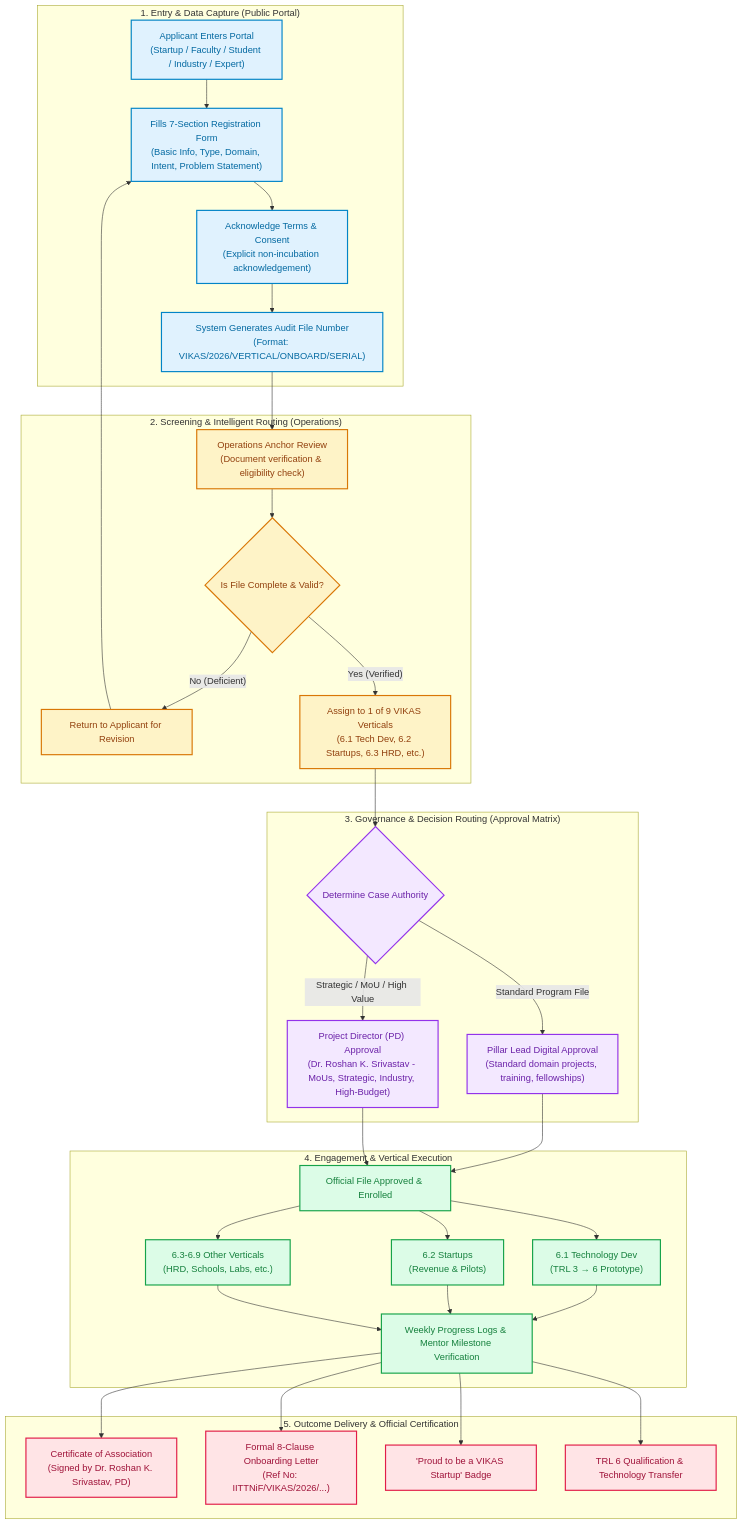
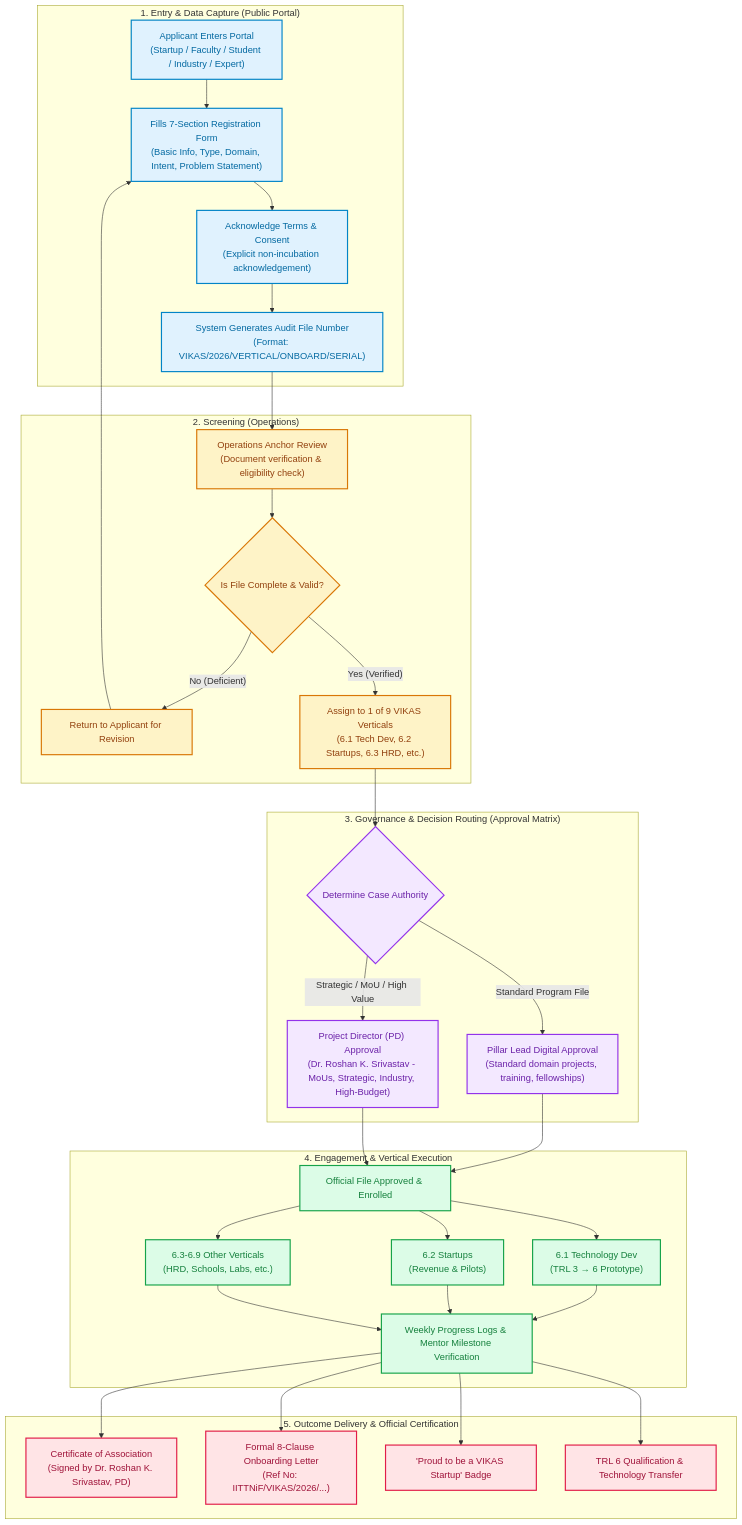
One commit to Aasrita31/Vikas_portal changed the first of 3 diagrams in README.md. Above: the diagram before and after it, drawn with Mermaid. The commit also changed 3 other files, not shown here.

````diff
--- a/README.md
+++ b/README.md
@@ -22,56 +22,56 @@
 ```mermaid
 flowchart TD
     classDef publicStyle fill:#e0f2fe,stroke:#0284c7,stroke-width:2px,color:#0369a1;
     classDef opsStyle fill:#fef3c7,stroke:#d97706,stroke-width:2px,color:#92400e;
     classDef appStyle fill:#f3e8ff,stroke:#9333ea,stroke-width:2px,color:#6b21a8;
     classDef execStyle fill:#dcfce7,stroke:#16a34a,stroke-width:2px,color:#15803d;
     classDef certStyle fill:#ffe4e6,stroke:#e11d48,stroke-width:2px,color:#9f1239;
 
     subgraph Layer1["1. Entry & Data Capture (Public Portal)"]
         S1["Applicant Enters Portal\n(Startup / Faculty / Student / Industry / Expert)"]:::publicStyle
         S2["Fills 7-Section Registration Form\n(Basic Info, Type, Domain, Intent, Problem Statement)"]:::publicStyle
         S3["Acknowledge Terms & Consent\n(Explicit non-incubation acknowledgement)"]:::publicStyle
         S4["System Generates Audit File Number\n(Format: VIKAS/2026/VERTICAL/ONBOARD/SERIAL)"]:::publicStyle
         S1 --> S2 --> S3 --> S4
     end
 
-    subgraph Layer2["2. Screening & Intelligent Routing (Operations)"]
+    subgraph Layer2["2. Screening (Operations)"]
         S5["Operations Anchor Review\n(Document verification & eligibility check)"]:::opsStyle
         S6{"Is File Complete & Valid?"}:::opsStyle
         S7["Return to Applicant for Revision"]:::opsStyle
         S8["Assign to 1 of 9 VIKAS Verticals\n(6.1 Tech Dev, 6.2 Startups, 6.3 HRD, etc.)"]:::opsStyle
         S4 --> S5 --> S6
         S6 -- "No (Deficient)" --> S7
         S7 --> S2
         S6 -- "Yes (Verified)" --> S8
     end
 
     subgraph Layer3["3. Governance & Decision Routing (Approval Matrix)"]
         S9{"Determine Case Authority"}:::appStyle
         S10["Pillar Lead Digital Approval\n(Standard domain projects, training, fellowships)"]:::appStyle
         S11["Project Director (PD) Approval\n(Dr. Roshan K. Srivastav - MoUs, Strategic, Industry, High-Budget)"]:::appStyle
         S8 --> S9
         S9 -- "Standard Program File" --> S10
         S9 -- "Strategic / MoU / High Value" --> S11
     end
 
     subgraph Layer4["4. Engagement & Vertical Execution"]
         S12["Official File Approved & Enrolled"]:::execStyle
         S13["6.1 Technology Dev\n(TRL 3 → 6 Prototype)"]:::execStyle
         S14["6.2 Startups\n(Revenue & Pilots)"]:::execStyle
         S15["6.3-6.9 Other Verticals\n(HRD, Schools, Labs, etc.)"]:::execStyle
         S16["Weekly Progress Logs & Mentor Milestone Verification"]:::execStyle
         S10 --> S12
         S11 --> S12
         S12 --> S13 & S14 & S15
         S13 & S14 & S15 --> S16
     end
 
     subgraph Layer5["5. Outcome Delivery & Official Certification"]
         S17["Certificate of Association\n(Signed by Dr. Roshan K. Srivastav, PD)"]:::certStyle
         S18["Formal 8-Clause Onboarding Letter\n(Ref No: IITTNiF/VIKAS/2026/...)"]:::certStyle
         S19["'Proud to be a VIKAS Startup' Badge"]:::certStyle
         S20["TRL 6 Qualification & Technology Transfer"]:::certStyle
         S16 --> S17 & S18 & S19 & S20
     end
 ```
````
